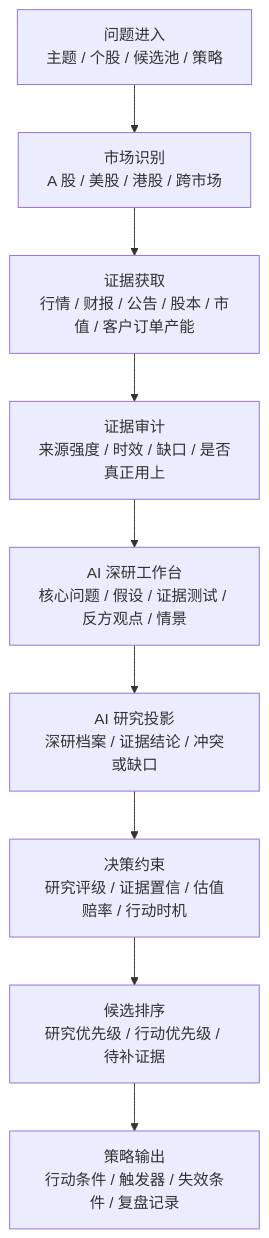
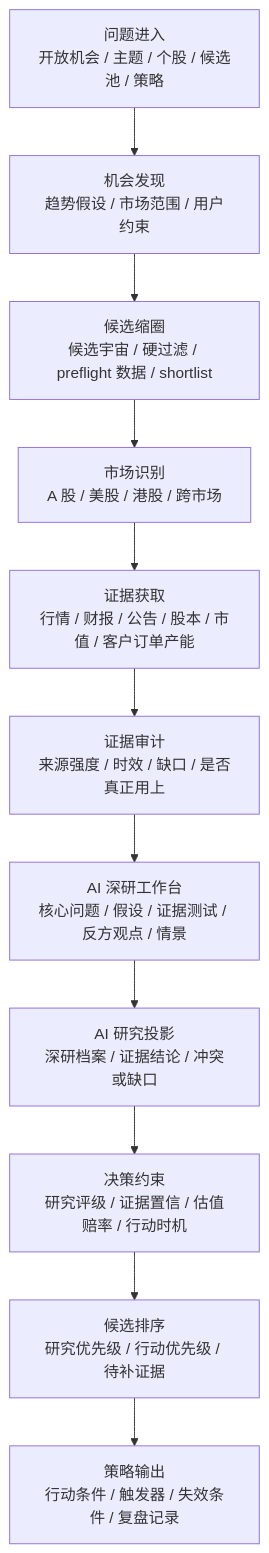
One commit to lucisxu6-cpu/serenity-chan changed the first of 2 diagrams in README.md. Above: the diagram before and after it, drawn with Mermaid. The commit also changed other lines of this file and 21 other files, not shown here.

````diff
--- a/README.md
+++ b/README.md
@@ -28,11 +29,13 @@
 ```mermaid
 flowchart TB
-  A["问题进入<br/>主题 / 个股 / 候选池 / 策略"] --> B["市场识别<br/>A 股 / 美股 / 港股 / 跨市场"]
-  B --> C["证据获取<br/>行情 / 财报 / 公告 / 股本 / 市值 / 客户订单产能"]
-  C --> D["证据审计<br/>来源强度 / 时效 / 缺口 / 是否真正用上"]
-  D --> E["AI 深研工作台<br/>核心问题 / 假设 / 证据测试 / 反方观点 / 情景"]
-  E --> F["AI 研究投影<br/>深研档案 / 证据结论 / 冲突或缺口"]
-  F --> G["决策约束<br/>研究评级 / 证据置信 / 估值赔率 / 行动时机"]
-  G --> H["候选排序<br/>研究优先级 / 行动优先级 / 待补证据"]
-  H --> I["策略输出<br/>行动条件 / 触发器 / 失效条件 / 复盘记录"]
+  A["问题进入<br/>开放机会 / 主题 / 个股 / 候选池 / 策略"] --> B["机会发现<br/>趋势假设 / 市场范围 / 用户约束"]
+  B --> C["候选缩圈<br/>候选宇宙 / 硬过滤 / preflight 数据 / shortlist"]
+  C --> D["市场识别<br/>A 股 / 美股 / 港股 / 跨市场"]
+  D --> E["证据获取<br/>行情 / 财报 / 公告 / 股本 / 市值 / 客户订单产能"]
+  E --> F["证据审计<br/>来源强度 / 时效 / 缺口 / 是否真正用上"]
+  F --> G["AI 深研工作台<br/>核心问题 / 假设 / 证据测试 / 反方观点 / 情景"]
+  G --> H["AI 研究投影<br/>深研档案 / 证据结论 / 冲突或缺口"]
+  H --> I["决策约束<br/>研究评级 / 证据置信 / 估值赔率 / 行动时机"]
+  I --> J["候选排序<br/>研究优先级 / 行动优先级 / 待补证据"]
+  J --> K["策略输出<br/>行动条件 / 触发器 / 失效条件 / 复盘记录"]
 ```
````
